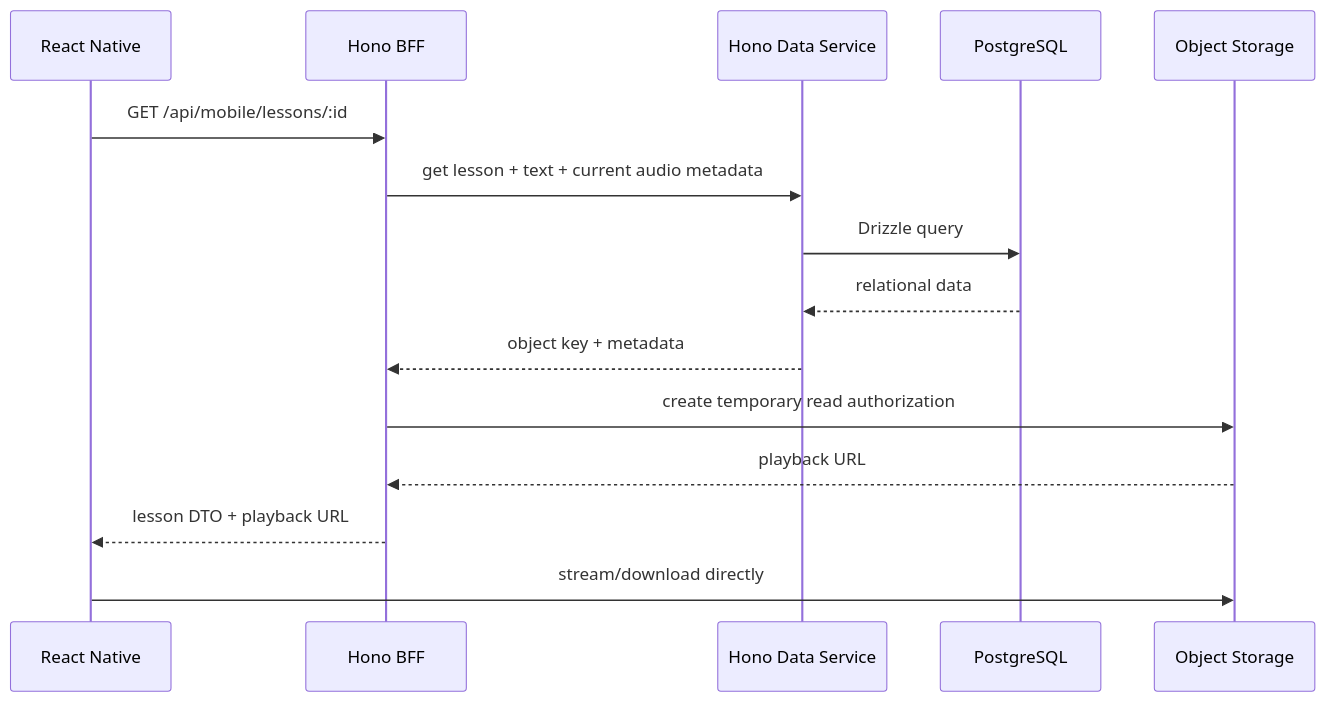
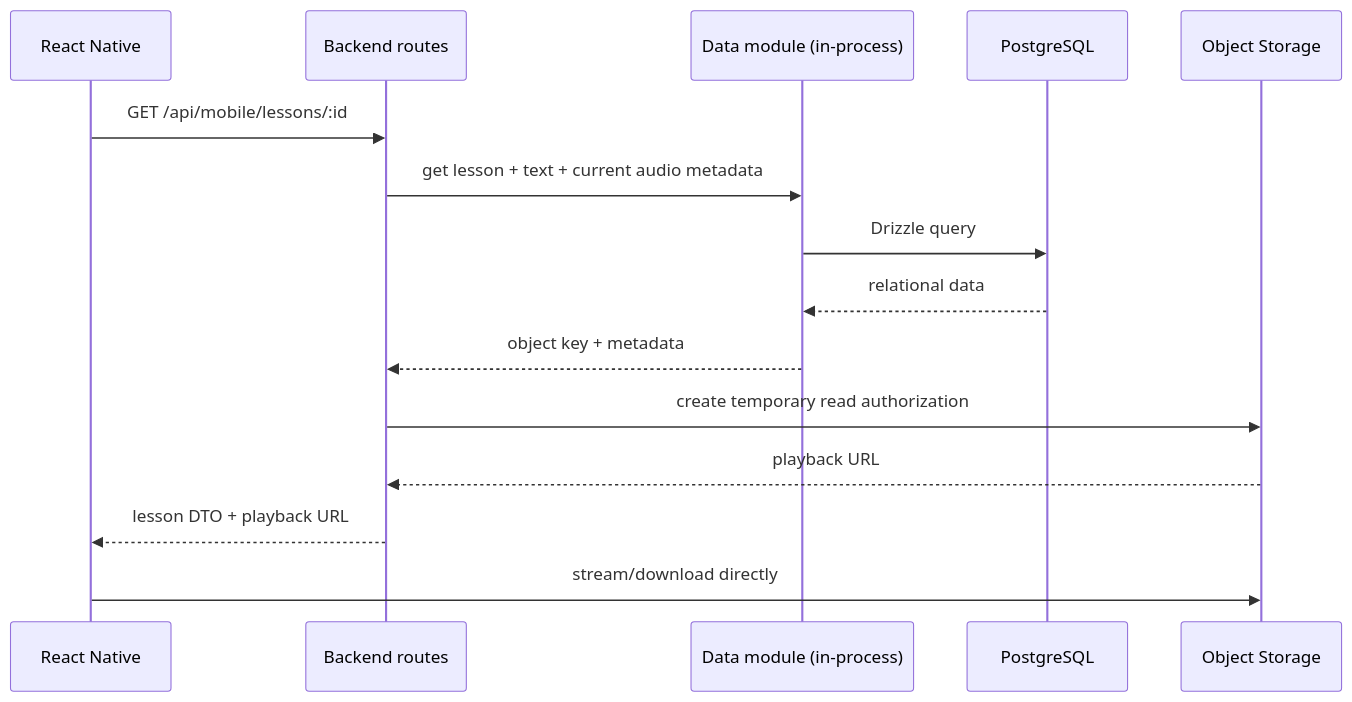
One commit to CannyBoiz/ez-dk-citizen changed the third of 3 diagrams in docs/product/poc-context.md. Above: the diagram before and after it, drawn with Mermaid. The commit also changed other lines of this file and 180 other files, not shown here.

````diff
--- a/docs/product/poc-context.md
+++ b/docs/product/poc-context.md
@@ -977,18 +1004,18 @@
 ```mermaid
 sequenceDiagram
     participant Mobile as React Native
-    participant BFF as Hono BFF
-    participant Data as Hono Data Service
+    participant Backend as Backend routes
+    participant Data as Data module (in-process)
     participant DB as PostgreSQL
     participant Storage as Object Storage
 
-    Mobile->>BFF: GET /api/mobile/lessons/:id
-    BFF->>Data: get lesson + text + current audio metadata
+    Mobile->>Backend: GET /api/mobile/lessons/:id
+    Backend->>Data: get lesson + text + current audio metadata
     Data->>DB: Drizzle query
     DB-->>Data: relational data
-    Data-->>BFF: object key + metadata
-    BFF->>Storage: create temporary read authorization
-    Storage-->>BFF: playback URL
-    BFF-->>Mobile: lesson DTO + playback URL
+    Data-->>Backend: object key + metadata
+    Backend->>Storage: create temporary read authorization
+    Storage-->>Backend: playback URL
+    Backend-->>Mobile: lesson DTO + playback URL
     Mobile->>Storage: stream/download directly
 ```
````
